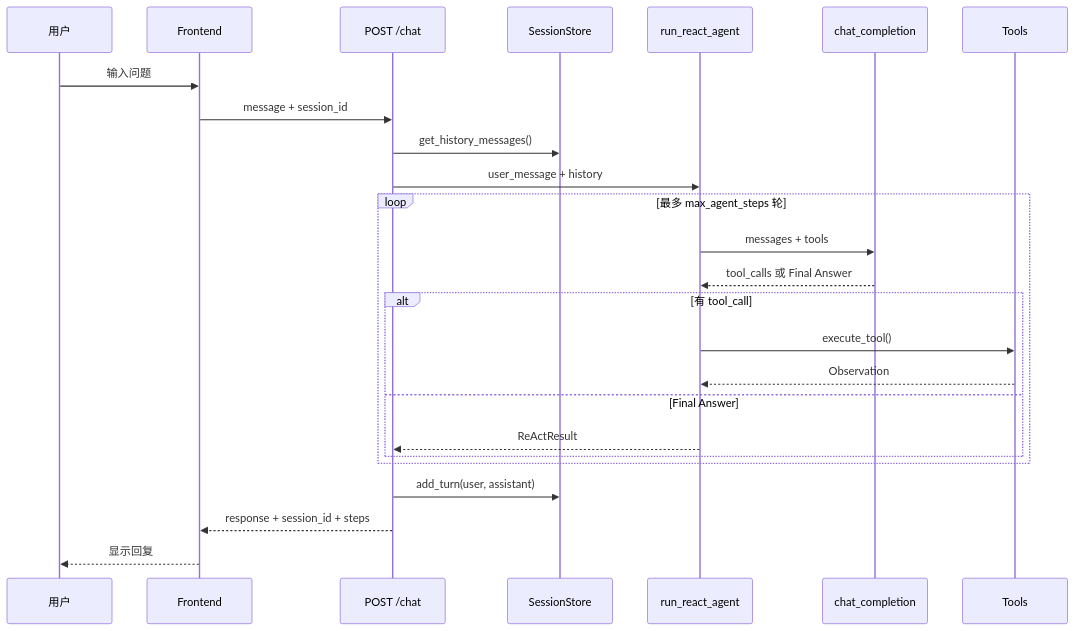
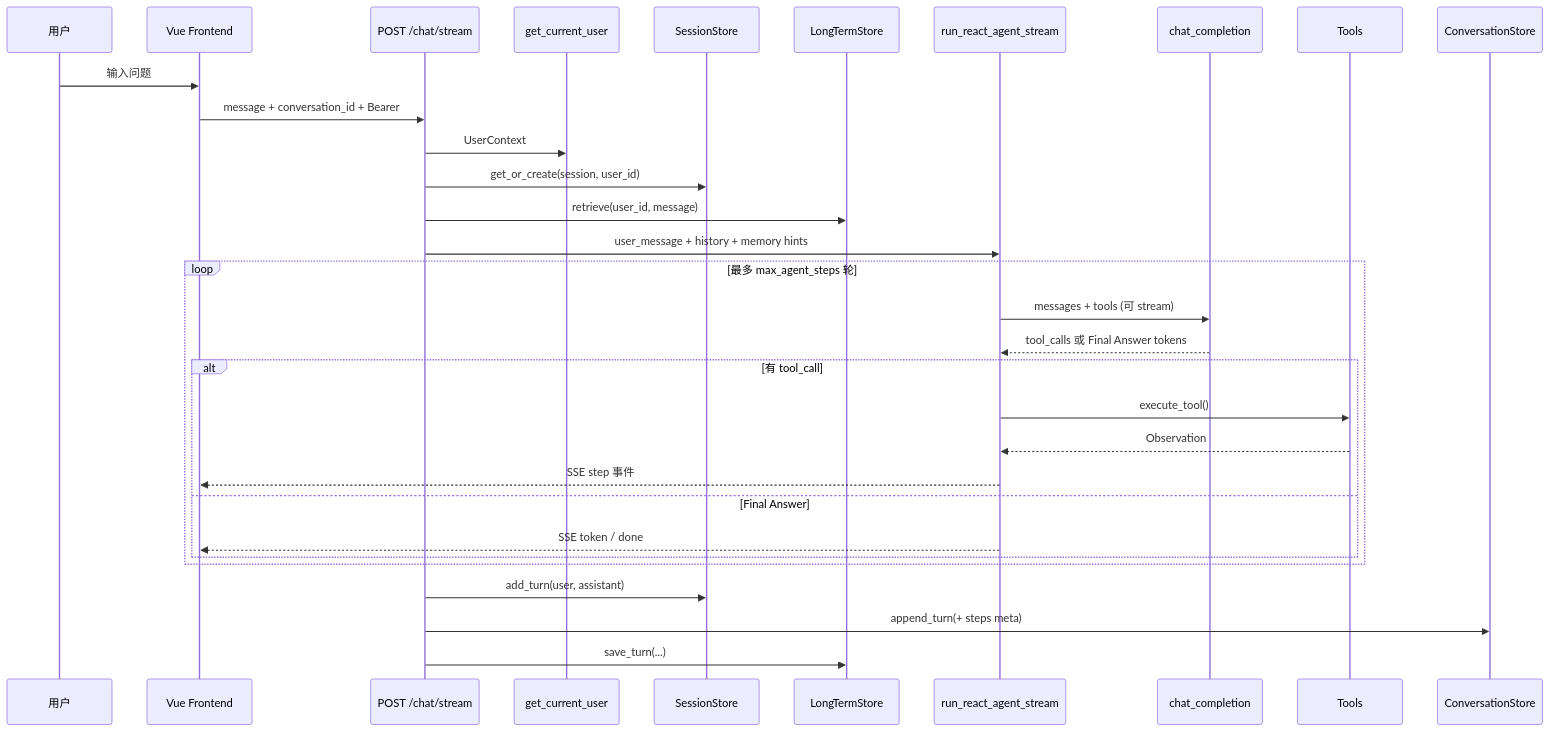
The first of 2 diagrams in docs/architecture.md (fff2817/agent), drawn with Mermaid before and after one commit. The commit also changed other lines of this file and 146 other files, not shown here.

````diff
--- a/docs/architecture.md
+++ b/docs/architecture.md
@@ -122,28 +171,34 @@
 ```mermaid
 sequenceDiagram
     participant U as 用户
-    participant FE as Frontend
-    participant API as POST /chat
+    participant FE as Vue Frontend
+    participant API as POST /chat/stream
+    participant Auth as get_current_user
     participant SS as SessionStore
-    participant AG as run_react_agent
+    participant LT as LongTermStore
+    participant AG as run_react_agent_stream
     participant LLM as chat_completion
     participant T as Tools
+    participant CS as ConversationStore
 
     U->>FE: 输入问题
-    FE->>API: message + session_id
-    API->>SS: get_history_messages()
-    API->>AG: user_message + history
+    FE->>API: message + conversation_id + Bearer
+    API->>Auth: UserContext
+    API->>SS: get_or_create(session, user_id)
+    API->>LT: retrieve(user_id, message)
+    API->>AG: user_message + history + memory hints
     loop 最多 max_agent_steps 轮
-        AG->>LLM: messages + tools
-        LLM-->>AG: tool_calls 或 Final Answer
+        AG->>LLM: messages + tools (可 stream)
+        LLM-->>AG: tool_calls 或 Final Answer tokens
         alt 有 tool_call
             AG->>T: execute_tool()
             T-->>AG: Observation
+            AG-->>FE: SSE step 事件
         else Final Answer
-            AG-->>API: ReActResult
+            AG-->>FE: SSE token / done
         end
     end
     API->>SS: add_turn(user, assistant)
-    API-->>FE: response + session_id + steps
-    FE-->>U: 显示回复
+    API->>CS: append_turn(+ steps meta)
+    API->>LT: save_turn(...)
 ```
````
